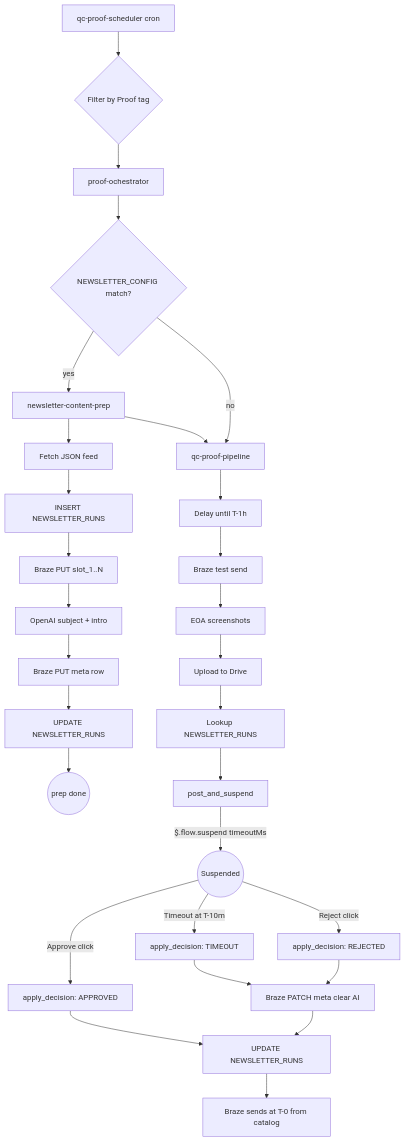
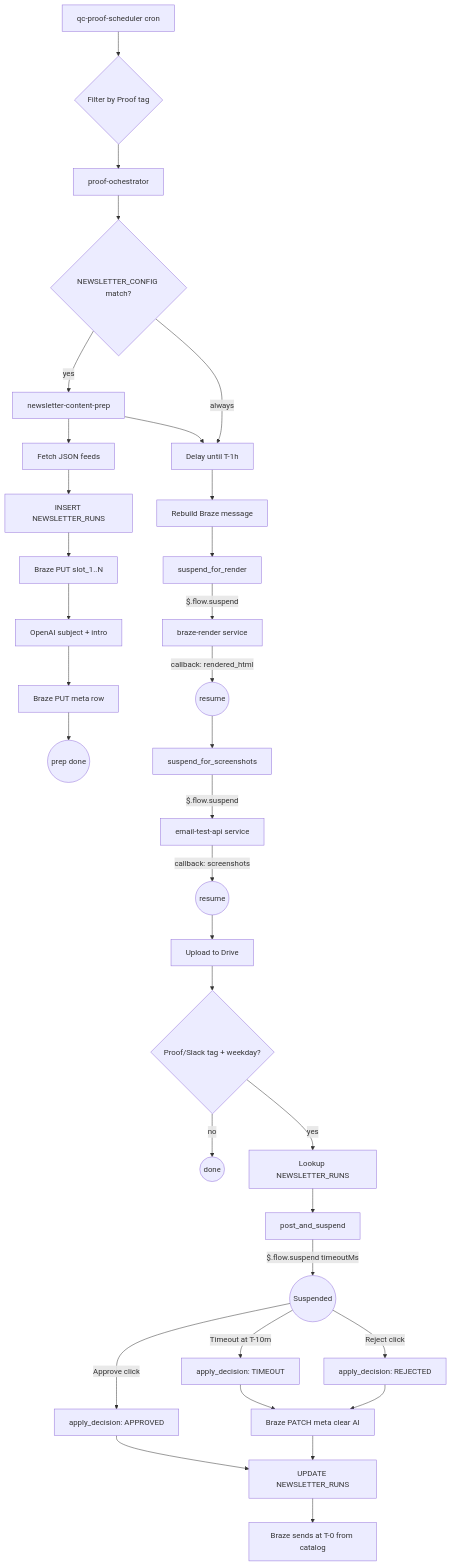
The diagram in README.md (mccmmena/CRM-Proof-Pipeline), drawn with Mermaid before and after one commit. The commit also changed other lines of this file and 12 other files, not shown here.

First line of the commit message:
Consolidate proof pipeline into orchestrator with suspend/resume services

````diff
--- a/README.md
+++ b/README.md
@@ -39,35 +47,42 @@
 ```mermaid
 flowchart TD
   cron[qc-proof-scheduler cron] --> filter{Filter by Proof tag}
   filter --> orch[proof-ochestrator]
   orch --> configcheck{NEWSLETTER_CONFIG match?}
   configcheck -->|yes| prep[newsletter-content-prep]
-  configcheck -->|no| proof[qc-proof-pipeline]
-  prep --> proof
+  configcheck -->|always| delay[Delay until T-1h]
+  prep --> delay
 
-  prep --> fetchfeed[Fetch JSON feed]
+  prep --> fetchfeed[Fetch JSON feeds]
   fetchfeed --> snowhist[INSERT NEWSLETTER_RUNS]
   snowhist --> slotupsert[Braze PUT slot_1..N]
   slotupsert --> openai[OpenAI subject + intro]
   openai --> metaupsert[Braze PUT meta row]
-  metaupsert --> updatehist[UPDATE NEWSLETTER_RUNS]
-  updatehist --> prepdone((prep done))
+  metaupsert --> prepdone((prep done))
 
-  proof --> proofwait[Delay until T-1h]
-  proofwait --> testsend[Braze test send]
-  testsend --> eoa[EOA screenshots]
-  eoa --> drive[Upload to Drive]
-  drive --> lookup[Lookup NEWSLETTER_RUNS]
-  lookup --> suspend[post_and_suspend]
-  suspend -->|$.flow.suspend timeoutMs| paused((Suspended))
+  delay --> rebuild[Rebuild Braze message]
+  rebuild --> suspend1[suspend_for_render]
+  suspend1 -->|$.flow.suspend| brazerender[braze-render service]
+  brazerender -->|callback: rendered_html| resume1((resume))
+
+  resume1 --> suspend2[suspend_for_screenshots]
+  suspend2 -->|$.flow.suspend| eoa[email-test-api service]
+  eoa -->|callback: screenshots| resume2((resume))
+
+  resume2 --> drive[Upload to Drive]
+  drive --> tagfilter{Proof/Slack tag + weekday?}
+  tagfilter -->|no| done((done))
+  tagfilter -->|yes| lookup[Lookup NEWSLETTER_RUNS]
+  lookup --> suspend3[post_and_suspend]
+  suspend3 -->|$.flow.suspend timeoutMs| paused((Suspended))
   paused -->|Approve click| resumeA[apply_decision: APPROVED]
   paused -->|Reject click| resumeR[apply_decision: REJECTED]
   paused -->|Timeout at T-10m| resumeT[apply_decision: TIMEOUT]
 
   resumeR --> clear[Braze PATCH meta clear AI]
   resumeT --> clear
   clear --> updRun[UPDATE NEWSLETTER_RUNS]
   resumeA --> updRun
 
   updRun --> brazeSend[Braze sends at T-0 from catalog]
 ```
````
